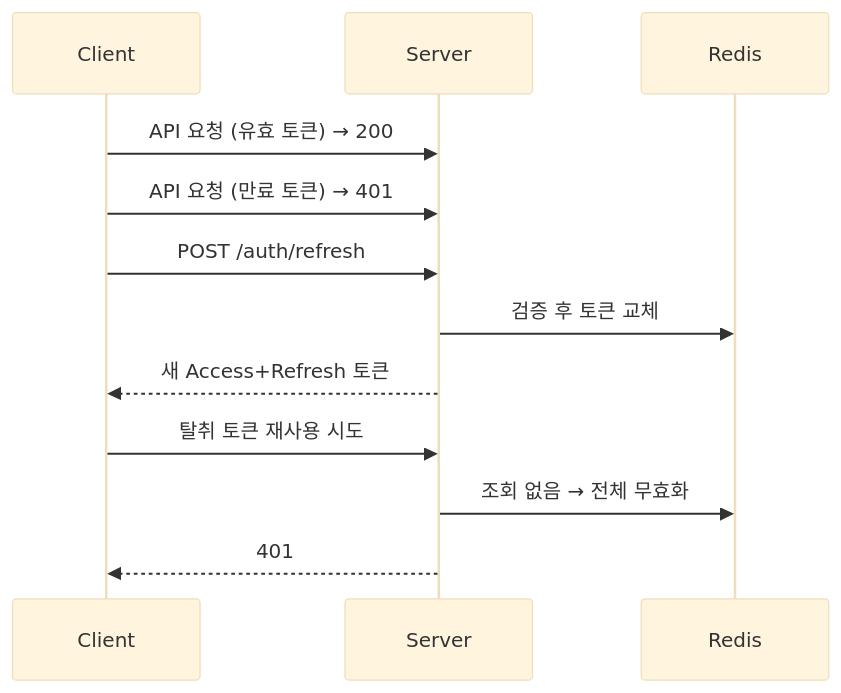
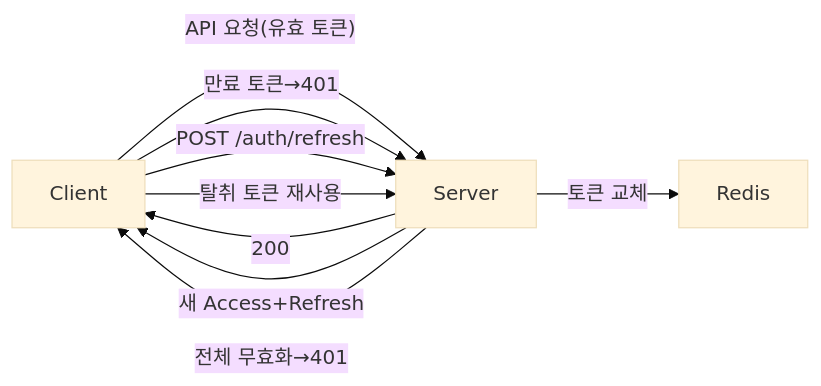
Before and after one commit to yjkim2015/yjkim2015.github.io: the fourth of 7 diagrams in _posts/spring/2026-05-02-spring-security-deep.md, drawn with Mermaid (base theme). The commit also changed other lines of this file and 32 other files, not shown here.

First line of the commit message:
sequenceDiagram 82개 → graph LR 변환 완료

````diff
--- a/_posts/spring/2026-05-02-spring-security-deep.md
+++ b/_posts/spring/2026-05-02-spring-security-deep.md
@@ -340,14 +340,11 @@
 ```mermaid
-sequenceDiagram
-    participant C as Client
-    participant S as Server
-    participant DB as Redis
-    C->>S: API 요청 (유효 토큰) → 200
-    C->>S: API 요청 (만료 토큰) → 401
-    C->>S: POST /auth/refresh
-    S->>DB: 검증 후 토큰 교체
-    S-->>C: 새 Access+Refresh 토큰
-    C->>S: 탈취 토큰 재사용 시도
-    S->>DB: 조회 없음 → 전체 무효화
-    S-->>C: 401
+graph LR
+    C["Client"] -->|"API 요청(유효 토큰)"| S["Server"]
+    S -->|"200"| C
+    C -->|"만료 토큰→401"| S
+    C -->|"POST /auth/refresh"| S
+    S -->|"토큰 교체"| DB["Redis"]
+    S -->|"새 Access+Refresh"| C
+    C -->|"탈취 토큰 재사용"| S
+    S -->|"전체 무효화→401"| C
 ```
````
